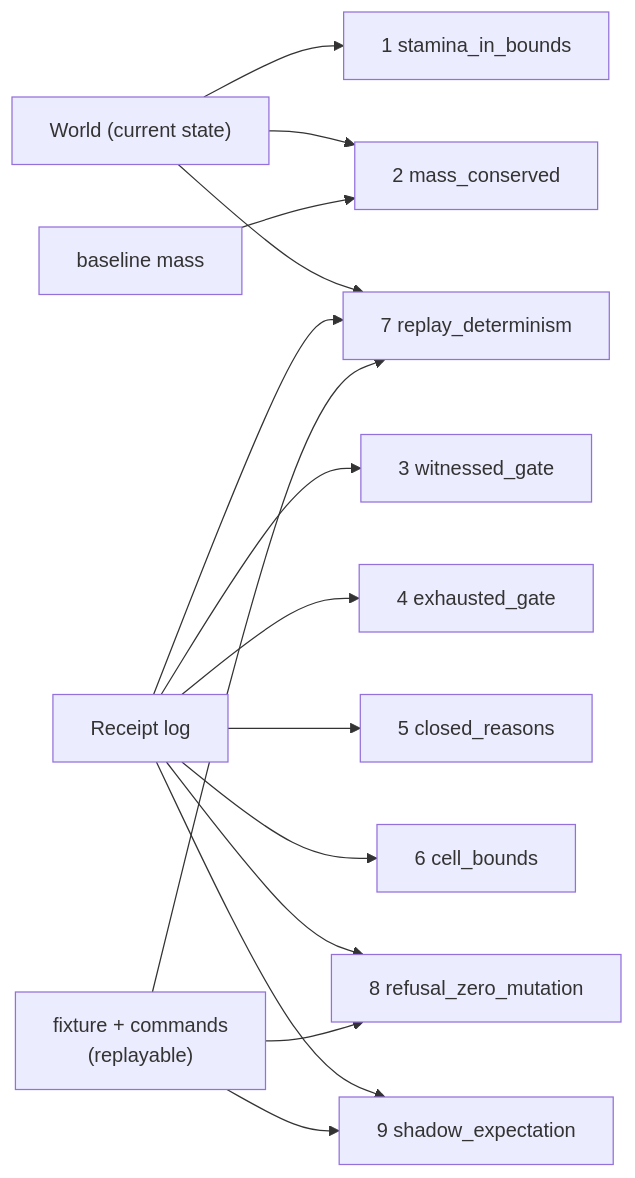
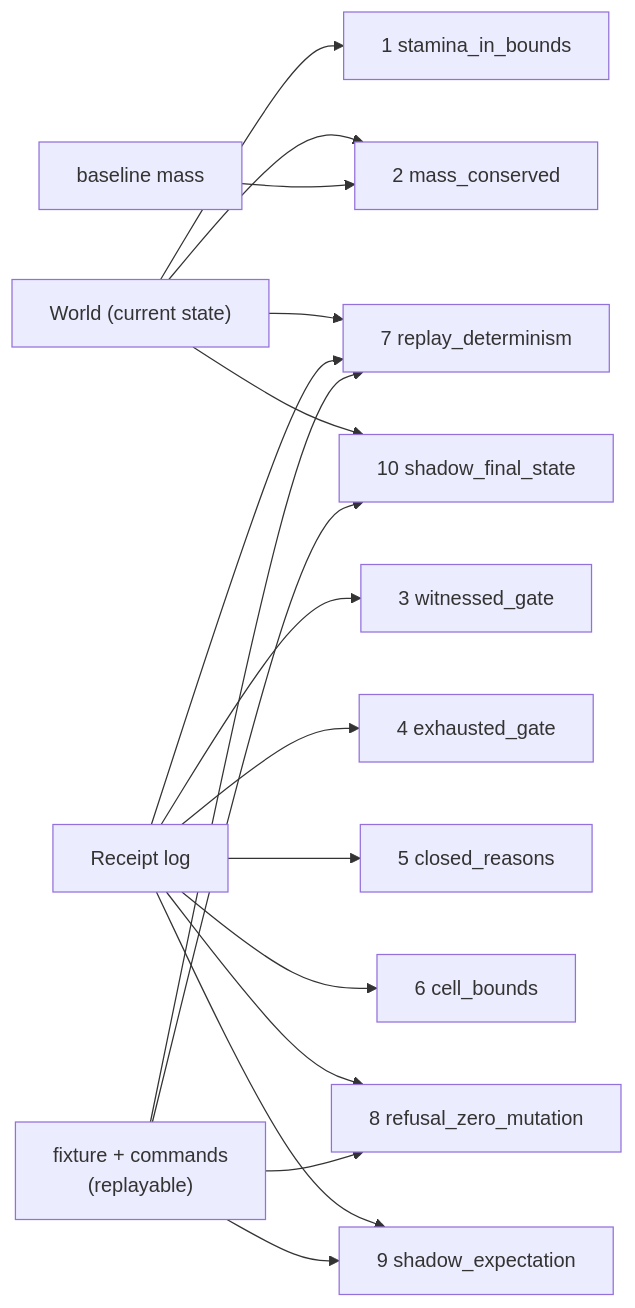
The fourth of 4 diagrams in docs/dependency-map.md (Eyjo16/gra-rust-bevy-spike), drawn with Mermaid before and after one commit. The commit also changed other lines of this file and 4 other files, not shown here.

````diff
--- a/docs/dependency-map.md
+++ b/docs/dependency-map.md
@@ -126,32 +126,35 @@
 ```mermaid
 flowchart LR
     world["World (current state)"]
     log["Receipt log"]
     base["baseline mass"]
     fix["fixture + commands<br/>(replayable)"]
 
     o1["1 stamina_in_bounds"]
     o2["2 mass_conserved"]
     o3["3 witnessed_gate"]
     o4["4 exhausted_gate"]
     o5["5 closed_reasons"]
     o6["6 cell_bounds"]
     o7["7 replay_determinism"]
     o8["8 refusal_zero_mutation"]
     o9["9 shadow_expectation"]
+    o10["10 shadow_final_state"]
 
     world --> o1
     world --> o2
     base --> o2
     log --> o3
     log --> o4
     log --> o5
     log --> o6
     world --> o7
     log --> o7
     fix --> o7
     log --> o8
     fix --> o8
     log --> o9
     fix --> o9
+    world --> o10
+    fix --> o10
 ```
````
